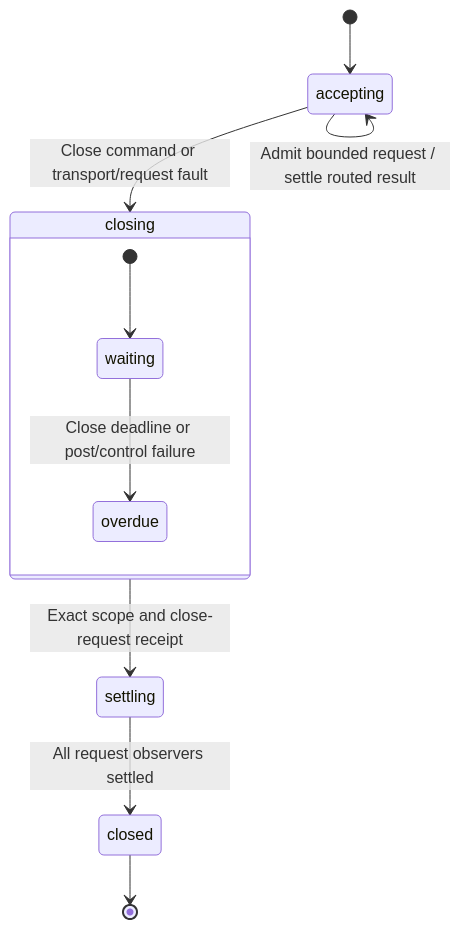
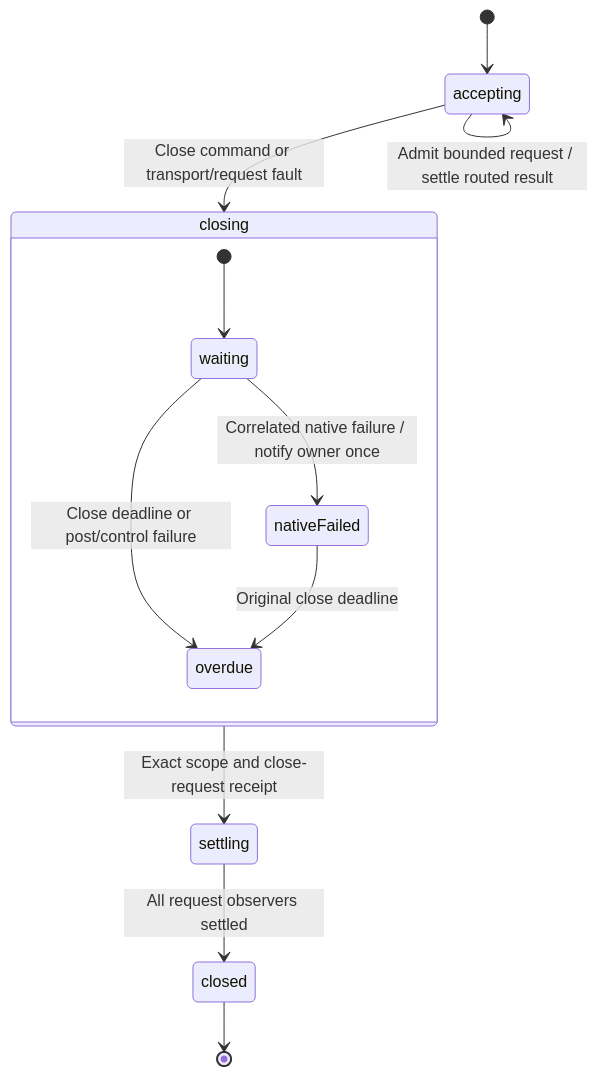
Before and after one commit to delightful-labs/delightful-labs: the diagram in packages/local-first/docs/worker-channel.md, drawn with Mermaid. The commit also changed other lines of this file and 13 other files, not shown here.

Commit message:
fix(local-first): report native host close failures

````diff
--- a/packages/local-first/docs/worker-channel.md
+++ b/packages/local-first/docs/worker-channel.md
@@ -21,13 +22,15 @@
 ```mermaid
 stateDiagram-v2
     [*] --> accepting
     accepting --> accepting: Admit bounded request / settle routed result
     accepting --> closing: Close command or transport/request fault
     state closing {
         [*] --> waiting
         waiting --> overdue: Close deadline or post/control failure
+        waiting --> nativeFailed: Correlated native failure / notify owner once
+        nativeFailed --> overdue: Original close deadline
     }
     closing --> settling: Exact scope and close-request receipt
     settling --> closed: All request observers settled
     closed --> [*]
 ```
````
